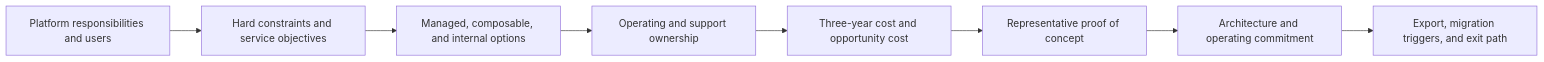
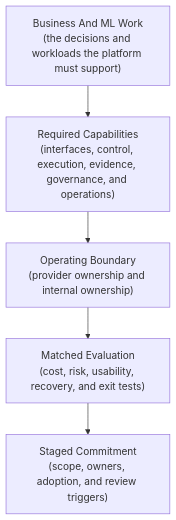
One commit to senlinyy/dev-roadmaps changed the first of 11 diagrams in roadmaps/mlops/modules/mlops-infrastructure/platforms/02-build-vs-buy-mlops-platforms.md. Above: the diagram before and after it, drawn with Mermaid. The commit also changed other lines of this file and 152 other files, not shown here.

Commit message:
feat: mlops and diagrams updated

````diff
--- a/roadmaps/mlops/modules/mlops-infrastructure/platforms/02-build-vs-buy-mlops-platforms.md
+++ b/roadmaps/mlops/modules/mlops-infrastructure/platforms/02-build-vs-buy-mlops-platforms.md
@@ -44,10 +41,7 @@
 ```mermaid
-flowchart LR
-    Needs["Platform responsibilities and users"] --> Constraints["Hard constraints and service objectives"]
-    Constraints --> Options["Managed, composable, and internal options"]
-    Options --> Ownership["Operating and support ownership"]
-    Ownership --> Economics["Three-year cost and opportunity cost"]
-    Economics --> Proof["Representative proof of concept"]
-    Proof --> Decision["Architecture and operating commitment"]
-    Decision --> Exit["Export, migration triggers, and exit path"]
+flowchart TD
+    Need["Business And ML Work<br/>(the decisions and workloads the platform must support)"] --> Capabilities["Required Capabilities<br/>(interfaces, control, execution, evidence, governance, and operations)"]
+    Capabilities --> Boundary["Operating Boundary<br/>(provider ownership and internal ownership)"]
+    Boundary --> Evidence["Matched Evaluation<br/>(cost, risk, usability, recovery, and exit tests)"]
+    Evidence --> Decision["Staged Commitment<br/>(scope, owners, adoption, and review triggers)"]
 ```
````
